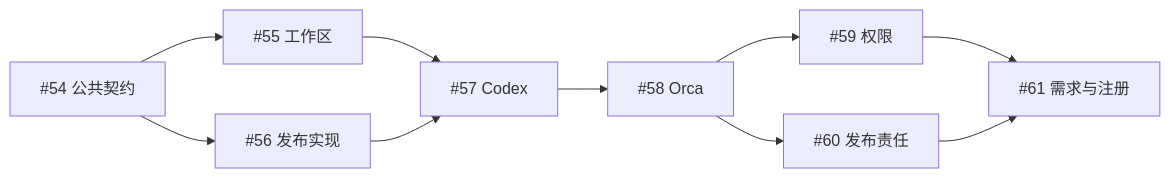
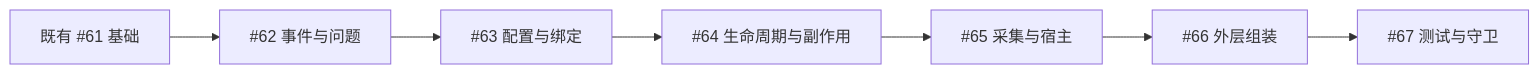
One commit to erranliu/SteerLine changed the second of 2 diagrams in docs/roadmap/execution-map.md. Above: the diagram before and after it, drawn with Mermaid. The commit also changed other lines of this file and 26 other files, not shown here.

Commit message:
docs: plan and audit core implementation decoupling roadmap

````diff
--- a/docs/roadmap/execution-map.md
+++ b/docs/roadmap/execution-map.md
@@ -86,12 +86,9 @@
 ```mermaid
 flowchart LR
-    E54["#54 公共契约"] --> E55["#55 工作区"]
-    E54 --> E56["#56 发布实现"]
-    E55 --> E57["#57 Codex"]
-    E56 --> E57
-    E57 --> E58["#58 Orca"]
-    E58 --> E59["#59 权限"]
-    E58 --> E60["#60 发布责任"]
-    E59 --> E61["#61 需求与注册"]
-    E60 --> E61
+    Foundation["既有 #61 基础"] --> C62["#62 事件与问题"]
+    C62 --> C63["#63 配置与绑定"]
+    C63 --> C64["#64 生命周期与副作用"]
+    C64 --> C65["#65 采集与宿主"]
+    C65 --> C66["#66 外层组装"]
+    C66 --> C67["#67 测试与守卫"]
 ```
````
